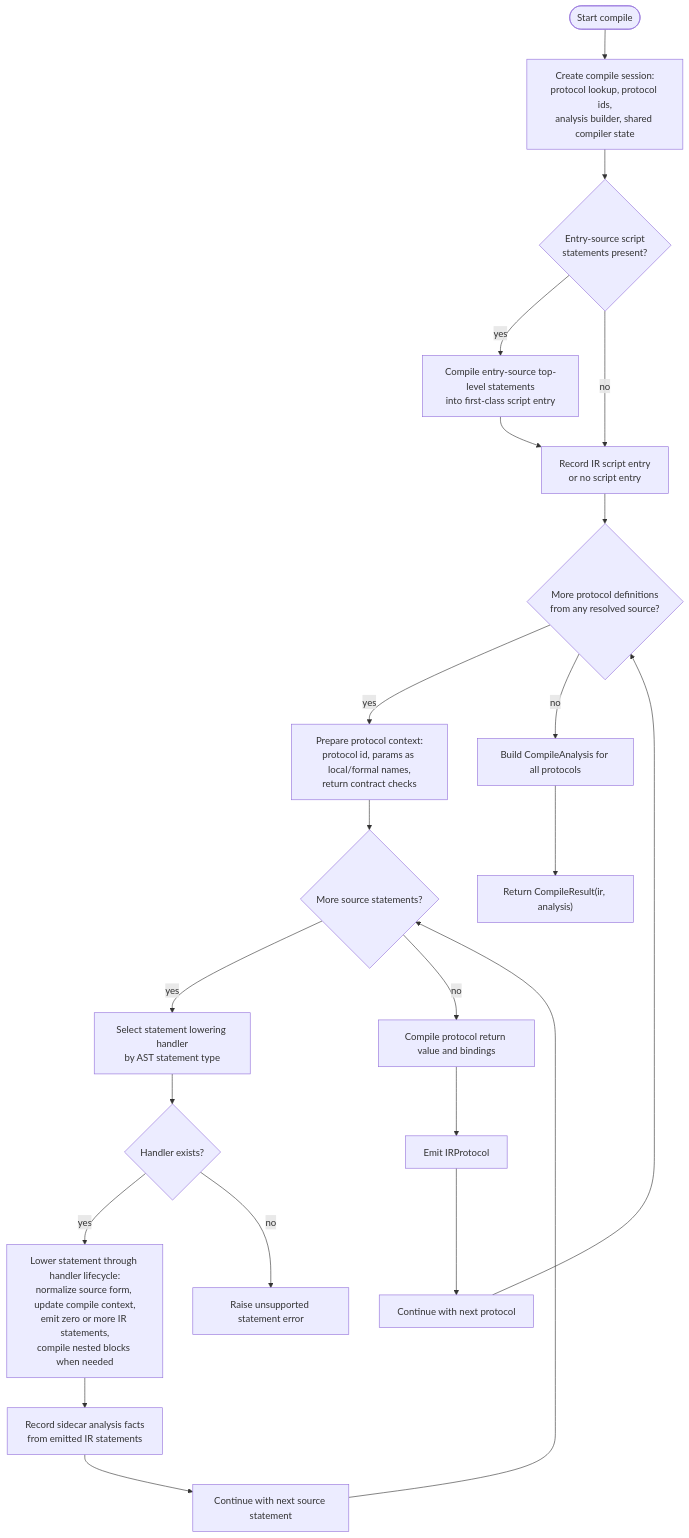
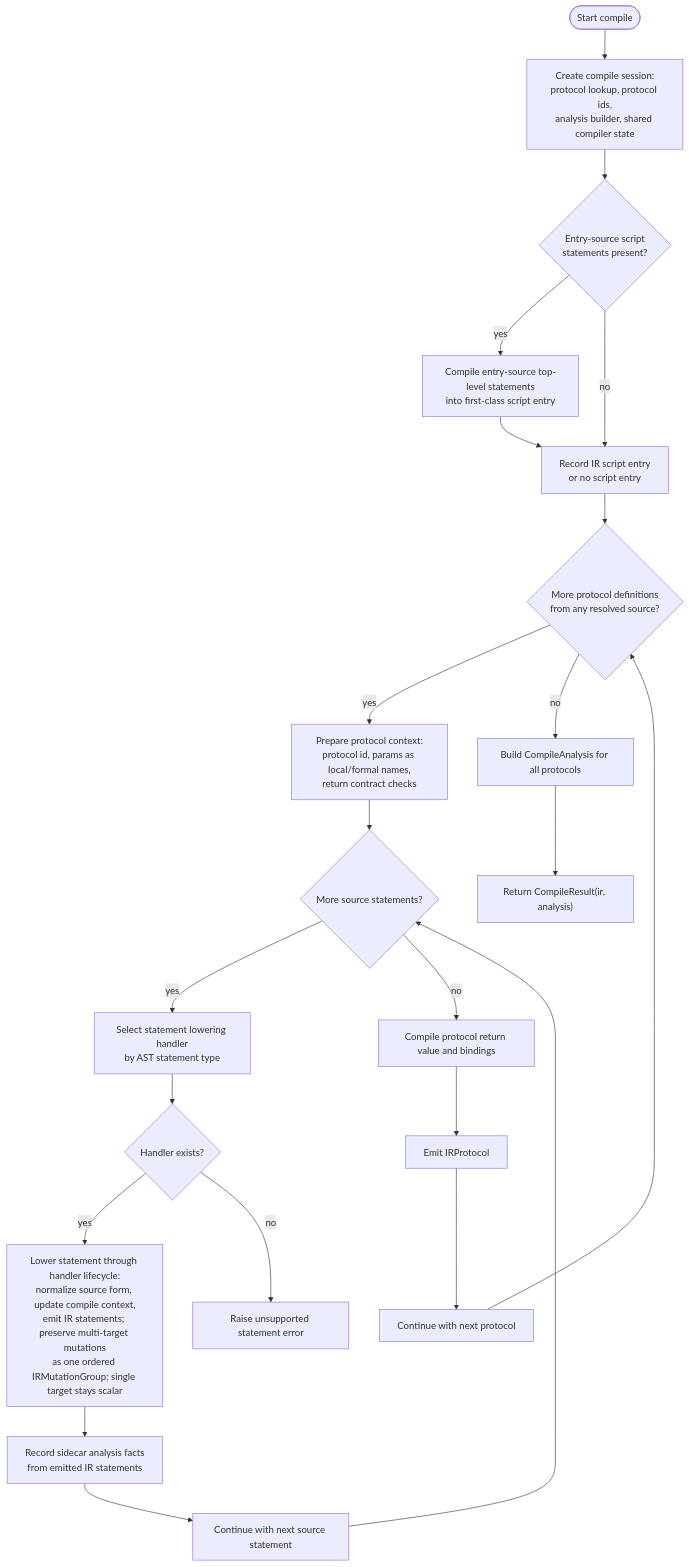
One commit to culsma/culsma changed the first of 6 diagrams in docs/architecture/pipeline/compile_module_diagrams.md. Above: the diagram before and after it, drawn with Mermaid. The commit also changed other lines of this file and 24 other files, not shown here.

First line of the commit message:
feat(runtime): preserve mutation groups through execution

````diff
--- a/docs/architecture/pipeline/compile_module_diagrams.md
+++ b/docs/architecture/pipeline/compile_module_diagrams.md
@@ -31,47 +31,47 @@
 ```mermaid
 flowchart TB
     Start([Start compile])
     Session["Create compile session:<br/>protocol lookup, protocol ids,<br/>analysis builder, shared compiler state"]
     ScriptEntry{"Entry-source script<br/>statements present?"}
     CompileScript["Compile entry-source top-level statements<br/>into first-class script entry"]
     RecordEntry["Record IR script entry<br/>or no script entry"]
     ProtocolLoop{"More protocol definitions<br/>from any resolved source?"}
     ProtocolSetup["Prepare protocol context:<br/>protocol id, params as local/formal names,<br/>return contract checks"]
     StatementLoop{"More source statements?"}
     Dispatch["Select statement lowering handler<br/>by AST statement type"]
     HandlerFound{"Handler exists?"}
-    LowerStatement["Lower statement through handler lifecycle:<br/>normalize source form, update compile context,<br/>emit zero or more IR statements,<br/>compile nested blocks when needed"]
+    LowerStatement["Lower statement through handler lifecycle:<br/>normalize source form, update compile context,<br/>emit IR statements; preserve multi-target mutations<br/>as one ordered IRMutationGroup; single target stays scalar"]
     RecordAnalysis["Record sidecar analysis facts<br/>from emitted IR statements"]
     NextStatement["Continue with next source statement"]
     ReturnLowering["Compile protocol return value and bindings"]
     EmitProtocol["Emit IRProtocol"]
     NextProtocol["Continue with next protocol"]
     BuildAnalysis["Build CompileAnalysis for all protocols"]
     Return["Return CompileResult(ir, analysis)"]
     Unsupported["Raise unsupported statement error"]
 
     Start --> Session
     Session --> ScriptEntry
     ScriptEntry -->|yes| CompileScript
     CompileScript --> RecordEntry
     ScriptEntry -->|no| RecordEntry
     RecordEntry --> ProtocolLoop
     ProtocolLoop -->|yes| ProtocolSetup
     ProtocolSetup --> StatementLoop
 
     StatementLoop -->|yes| Dispatch
     Dispatch --> HandlerFound
     HandlerFound -->|yes| LowerStatement
     HandlerFound -->|no| Unsupported
     LowerStatement --> RecordAnalysis
     RecordAnalysis --> NextStatement
     NextStatement --> StatementLoop
 
     StatementLoop -->|no| ReturnLowering
     ReturnLowering --> EmitProtocol
     EmitProtocol --> NextProtocol
     NextProtocol --> ProtocolLoop
 
     ProtocolLoop -->|no| BuildAnalysis
     BuildAnalysis --> Return
 ```
````
